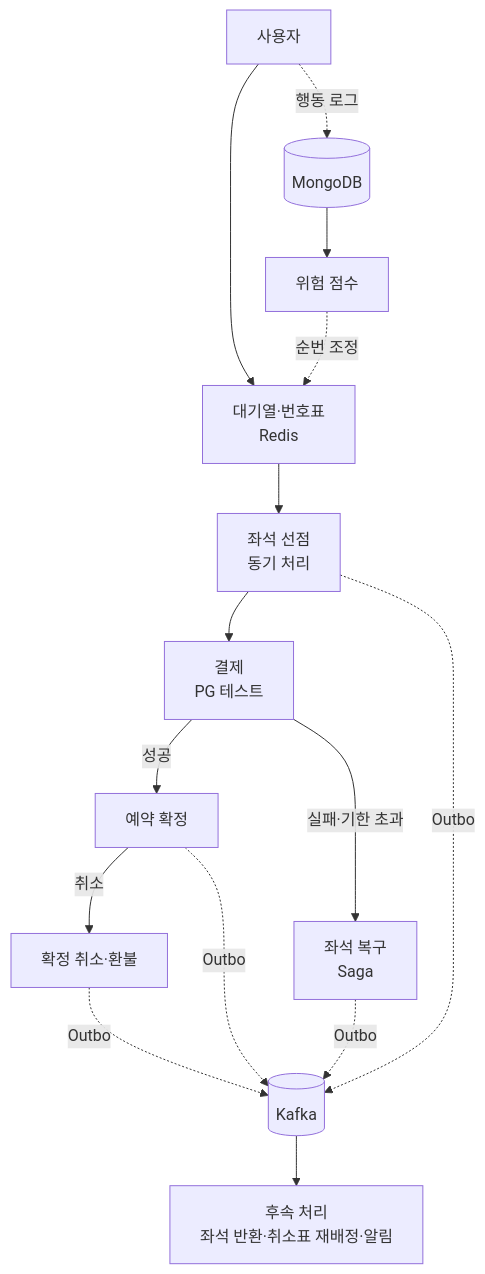
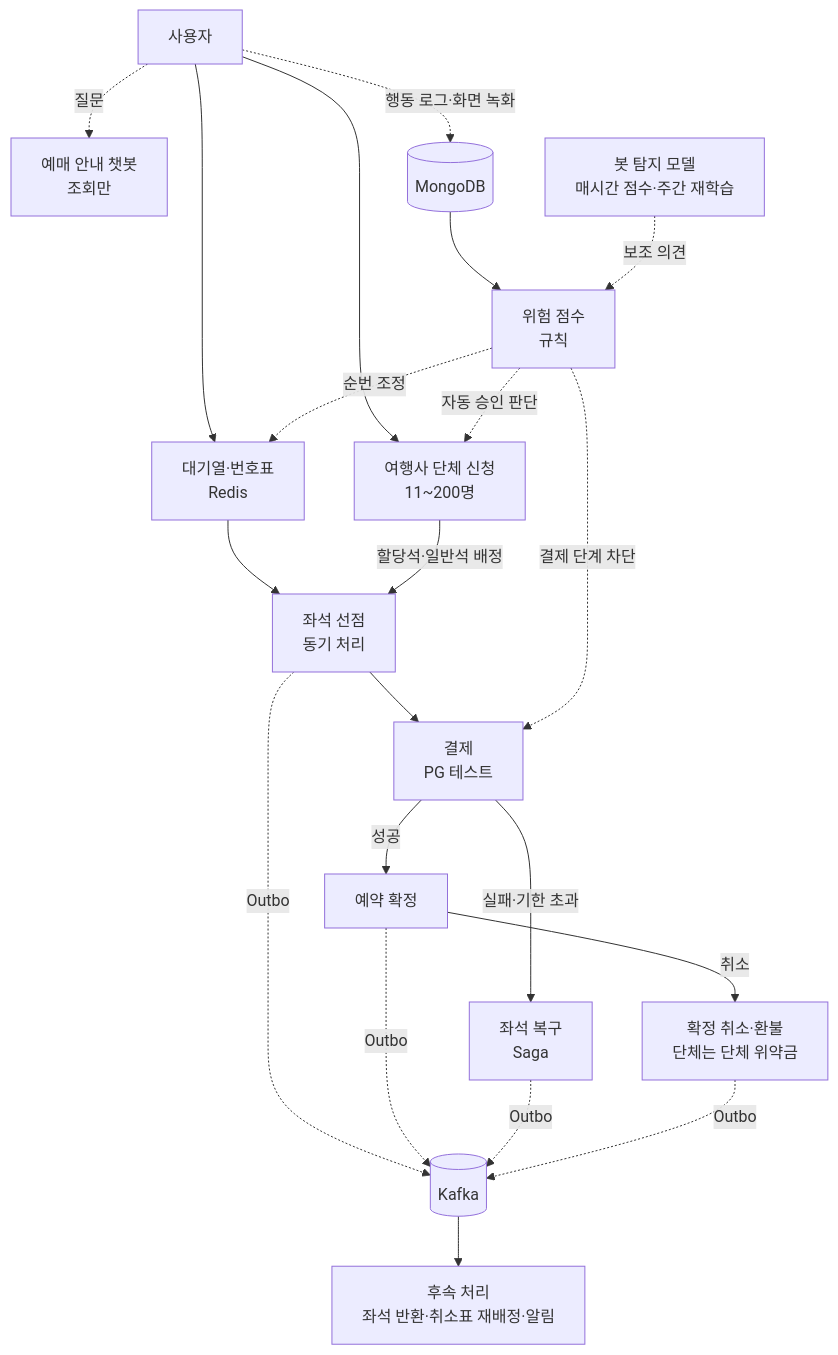
One commit to BrainSaver/Jejari changed the diagram in README.md. Above: the diagram before and after it, drawn with Mermaid. The commit also changed other lines of this file, not shown here.

Commit message:
docs(readme): 시스템 구조 흐름도에 단체 예매·챗봇·봇 탐지 모델·결제 단계 차단 추가

````diff
--- a/README.md
+++ b/README.md
@@ -148,17 +148,23 @@
 ```mermaid
 flowchart TD
     U[사용자] --> Q[대기열·번호표<br/>Redis]
+    U -.질문.-> CB[예매 안내 챗봇<br/>조회만]
+    U --> G[여행사 단체 신청<br/>11~200명]
     Q --> S[좌석 선점<br/>동기 처리]
+    G -->|할당석·일반석 배정| S
     S --> P[결제<br/>PG 테스트]
     P -->|성공| C[예약 확정]
     P -->|실패·기한 초과| R[좌석 복구<br/>Saga]
-    C -->|취소| X[확정 취소·환불]
+    C -->|취소| X[확정 취소·환불<br/>단체는 단체 위약금]
     S -.Outbox.-> K[(Kafka)]
     C -.Outbox.-> K
     R -.Outbox.-> K
     X -.Outbox.-> K
     K --> F[후속 처리<br/>좌석 반환·취소표 재배정·알림]
-    U -.행동 로그.-> L[(MongoDB)]
-    L --> RS[위험 점수]
+    U -.행동 로그·화면 녹화.-> L[(MongoDB)]
+    L --> RS[위험 점수<br/>규칙]
+    ML[봇 탐지 모델<br/>매시간 점수·주간 재학습] -.보조 의견.-> RS
     RS -.순번 조정.-> Q
+    RS -.결제 단계 차단.-> P
+    RS -.자동 승인 판단.-> G
 ```
````
